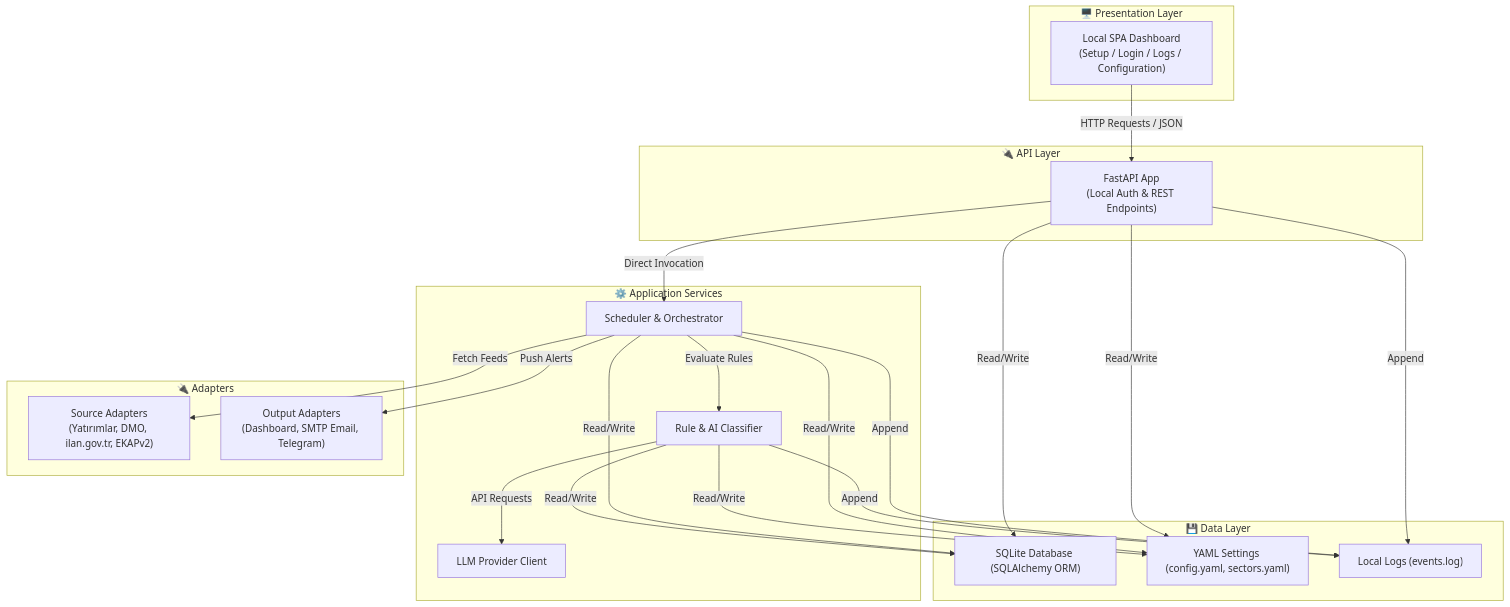
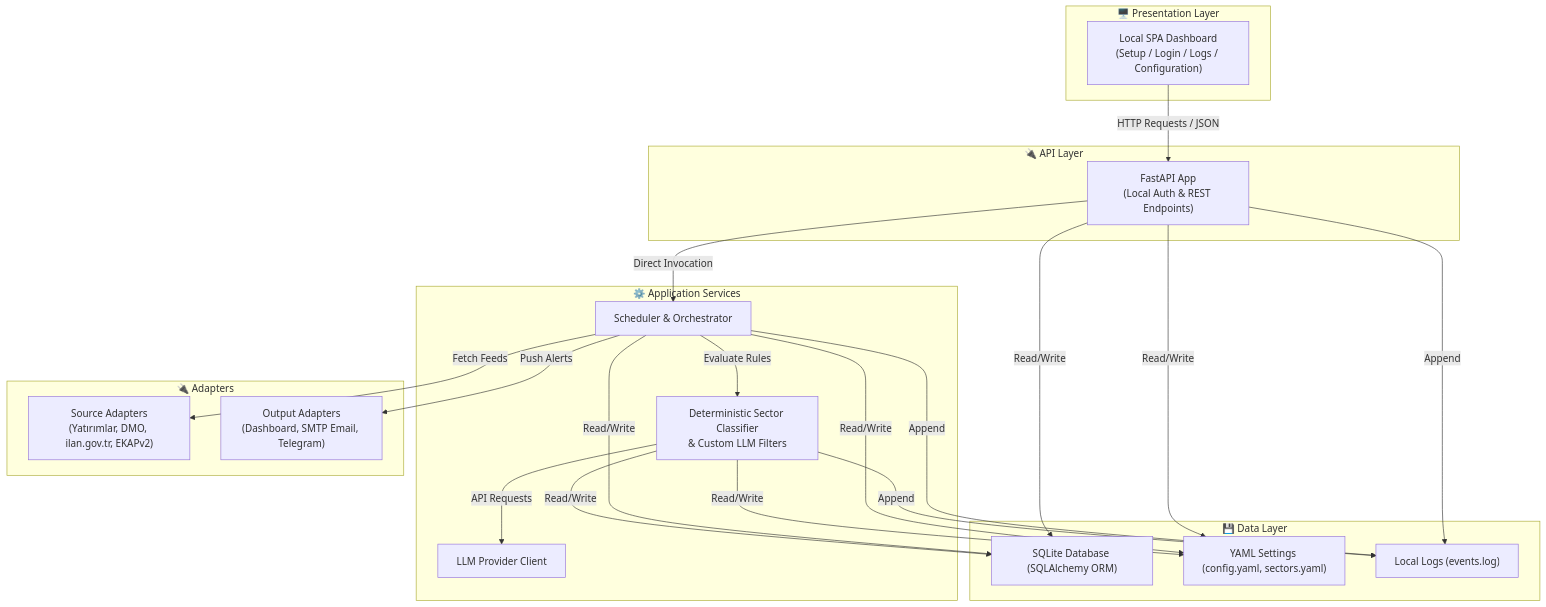
One commit to isikmuhamm/tender-tracker changed the second of 2 diagrams in README.md. Above: the diagram before and after it, drawn with Mermaid. The commit also changed other lines of this file, not shown here.

````diff
--- a/README.md
+++ b/README.md
@@ -217,37 +223,37 @@
 ```mermaid
 flowchart TD
     subgraph UI["🖥️ Presentation Layer"]
         Dashboard["Local SPA Dashboard<br/>(Setup / Login / Logs / Configuration)"]
     end
 
     subgraph API["🔌 API Layer"]
         FastAPI["FastAPI App<br/>(Local Auth & REST Endpoints)"]
     end
 
     subgraph Core["⚙️ Application Services"]
         Orchestrator["Scheduler & Orchestrator"]
-        Classifier["Rule & AI Classifier"]
+        Classifier["Deterministic Sector Classifier<br/>& Custom LLM Filters"]
         LLMClient["LLM Provider Client"]
     end
 
     subgraph Adapters["🔌 Adapters"]
         Sources["Source Adapters<br/>(Yatırımlar, DMO, ilan.gov.tr, EKAPv2)"]
         Notifiers["Output Adapters<br/>(Dashboard, SMTP Email, Telegram)"]
     end
 
     subgraph Data["💾 Data Layer"]
         DB["SQLite Database (SQLAlchemy ORM)"]
         YAML["YAML Settings (config.yaml, sectors.yaml)"]
         Logs["Local Logs (events.log)"]
     end
 
     Dashboard -->|HTTP Requests / JSON| FastAPI
     FastAPI -->|Direct Invocation| Orchestrator
     Orchestrator -->|Evaluate Rules| Classifier
     Classifier -->|API Requests| LLMClient
     Orchestrator -->|Fetch Feeds| Sources
     Orchestrator -->|Push Alerts| Notifiers
     Orchestrator & FastAPI & Classifier -->|Read/Write| DB
     Orchestrator & FastAPI & Classifier -->|Read/Write| YAML
     Orchestrator & FastAPI & Classifier -->|Append| Logs
 ```
````
